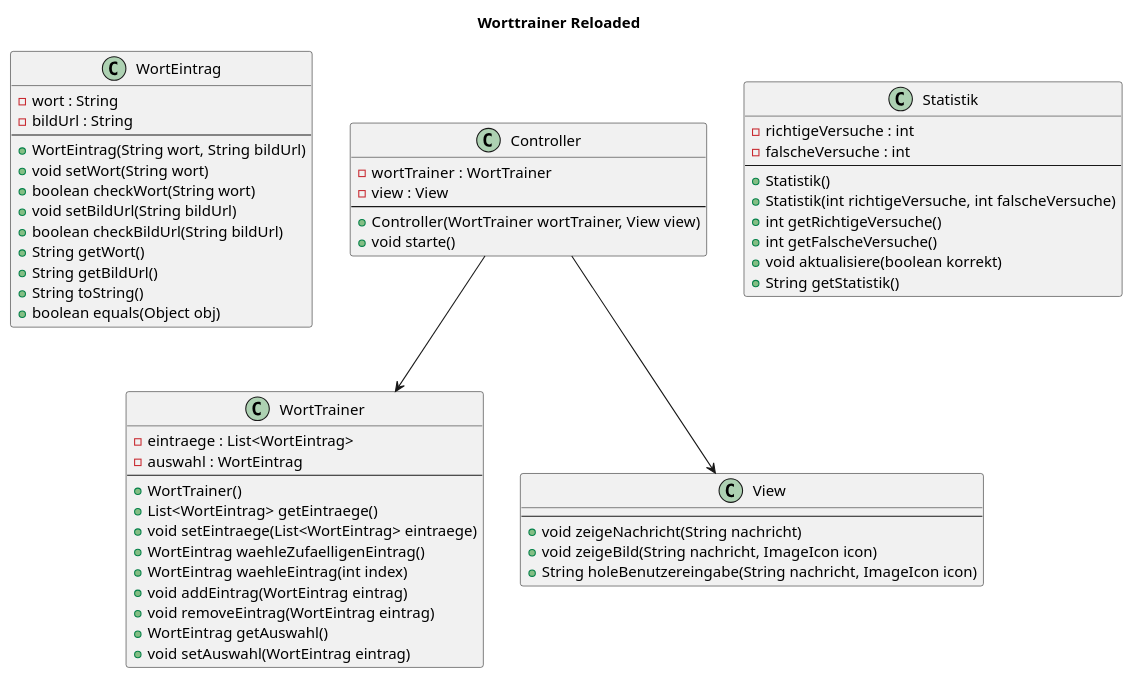
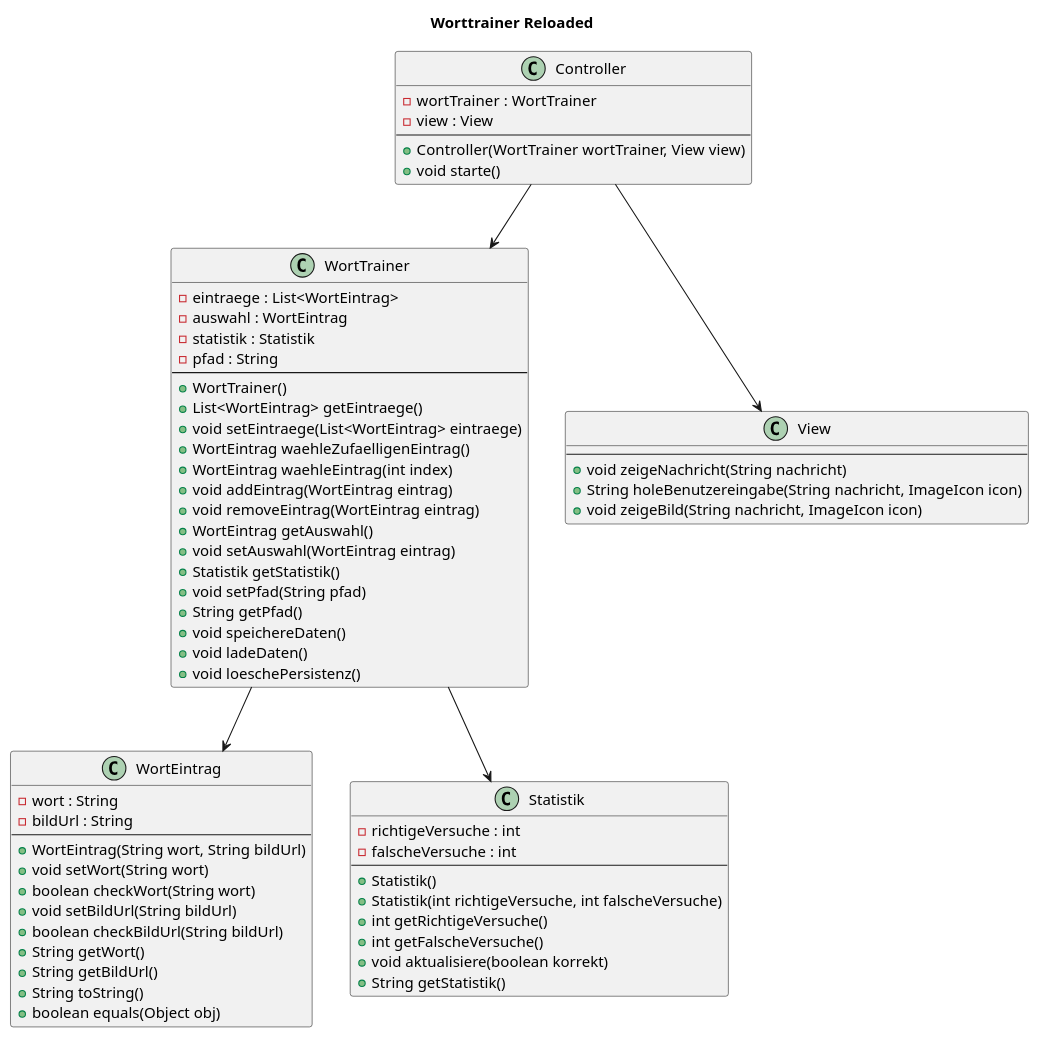
The diagram in UML/worttrainer_PUML.puml (TGM-HIT/sew9-2425-worttrainer-fpolichetti), drawn with PlantUML before and after one commit.

Commit message:
[AFTER-PROJECT] [ENTWURF] Fertiges UML-Diagramm

```diff
--- a/UML/worttrainer_PUML.puml
+++ b/UML/worttrainer_PUML.puml
@@ -1,65 +1,73 @@
 @startuml
 title: Worttrainer Reloaded
 
 class WortEintrag {
   -wort : String
   -bildUrl : String
   --
   +WortEintrag(String wort, String bildUrl)
   +void setWort(String wort)
   +boolean checkWort(String wort)
   +void setBildUrl(String bildUrl)
   +boolean checkBildUrl(String bildUrl)
   +String getWort()
   +String getBildUrl()
   +String toString()
   +boolean equals(Object obj)
 }
 
 class WortTrainer {
   -eintraege : List<WortEintrag>
   -auswahl : WortEintrag
+  -statistik : Statistik
+  -pfad : String
   --
   +WortTrainer()
   +List<WortEintrag> getEintraege()
   +void setEintraege(List<WortEintrag> eintraege)
   +WortEintrag waehleZufaelligenEintrag()
   +WortEintrag waehleEintrag(int index)
   +void addEintrag(WortEintrag eintrag)
   +void removeEintrag(WortEintrag eintrag)
   +WortEintrag getAuswahl()
   +void setAuswahl(WortEintrag eintrag)
+  +Statistik getStatistik()
+  +void setPfad(String pfad)
+  +String getPfad()
+  +void speichereDaten()
+  +void ladeDaten()
+  +void loeschePersistenz()
 }
 
 class Statistik {
   -richtigeVersuche : int
   -falscheVersuche : int
   --
   +Statistik()
   +Statistik(int richtigeVersuche, int falscheVersuche)
   +int getRichtigeVersuche()
   +int getFalscheVersuche()
   +void aktualisiere(boolean korrekt)
   +String getStatistik()
 }
 
 class View {
   --
   +void zeigeNachricht(String nachricht)
+  +String holeBenutzereingabe(String nachricht, ImageIcon icon)
   +void zeigeBild(String nachricht, ImageIcon icon)
-  +String holeBenutzereingabe(String nachricht, ImageIcon icon)
 }
-
 
 class Controller {
   -wortTrainer : WortTrainer
   -view : View
   --
   +Controller(WortTrainer wortTrainer, View view)
   +void starte()
 }
+
 Controller --> WortTrainer
 Controller --> View
-
-
+WortTrainer --> WortEintrag
+WortTrainer --> Statistik
 @enduml
```
